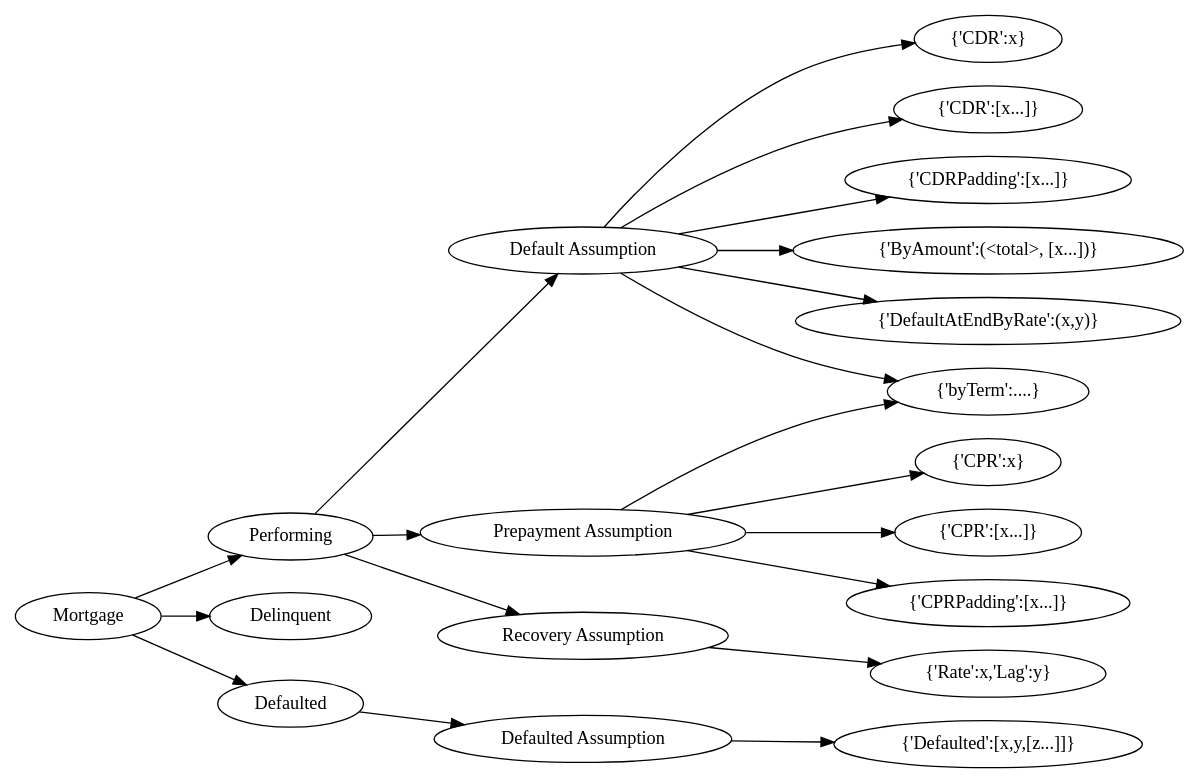
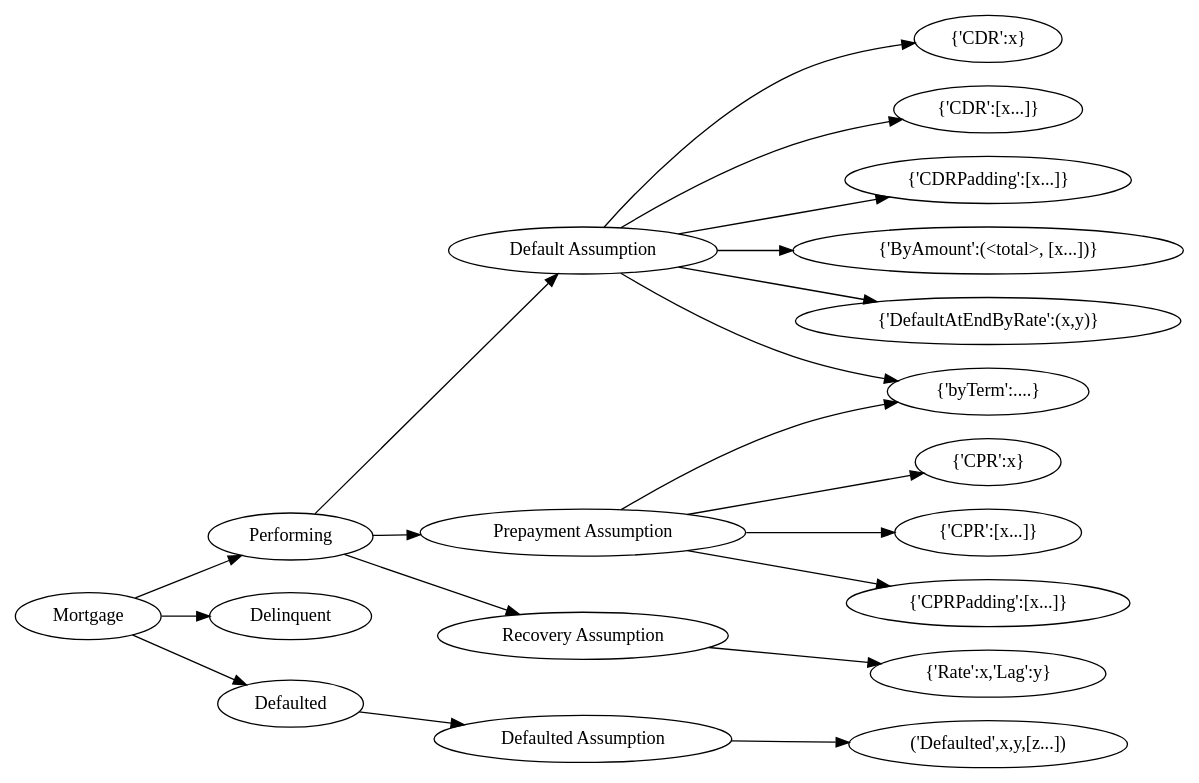
One commit to yellowbean/AbsBox changed the second of 11 diagrams in docs/source/analytics.rst. Above: the diagram before and after it, drawn with Graphviz. The commit also changed other lines of this file and 7 other files, not shown here.

```diff
--- a/docs/source/analytics.rst
+++ b/docs/source/analytics.rst
@@ -179,28 +179,28 @@
 .. graphviz::
     :name: sphinx.ext.graphviz
     :caption: mortgage-assumption
     :alt: mortgage-assumption
     :align: center
     
     digraph {
         rankdir = LR
         Mortgage -> Performing
         Mortgage -> Delinquent
         Mortgage -> Defaulted
         Performing -> "Default Assumption"
         Performing -> "Prepayment Assumption"
         Performing -> "Recovery Assumption"
         "Default Assumption" -> "{'CDR':x}"
         "Default Assumption" -> "{'CDR':[x...]}"
         "Default Assumption" -> "{'CDRPadding':[x...]}"
         "Default Assumption" -> "{'ByAmount':(<total>, [x...])}"
         "Default Assumption" -> "{'DefaultAtEndByRate':(x,y)}"
         "Default Assumption" -> "{'byTerm':....}"
         "Prepayment Assumption" -> "{'CPR':x}"
         "Prepayment Assumption" -> "{'CPR':[x...]}"
         "Prepayment Assumption" -> "{'CPRPadding':[x...]}"
         "Prepayment Assumption" -> "{'byTerm':....}"
         "Recovery Assumption" -> "{'Rate':x,'Lag':y}"
         "Defaulted" -> "Defaulted Assumption"
-        "Defaulted Assumption" -> "{'Defaulted':[x,y,[z...]]}"
+        "Defaulted Assumption" -> "('Defaulted',x,y,[z...])"
     }
```
